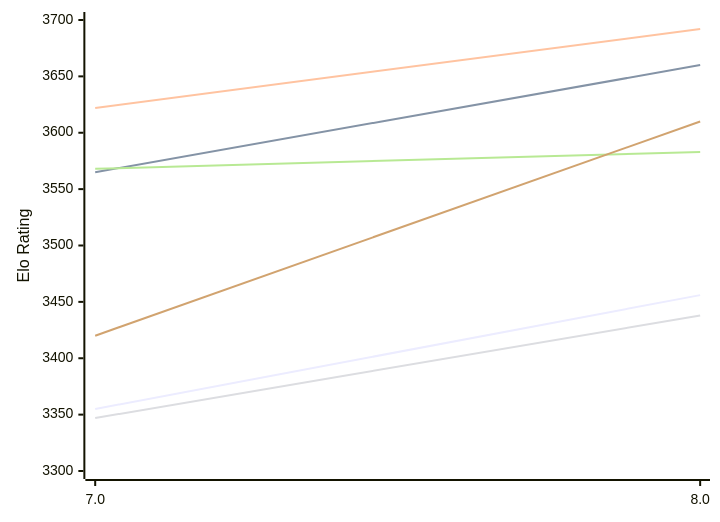
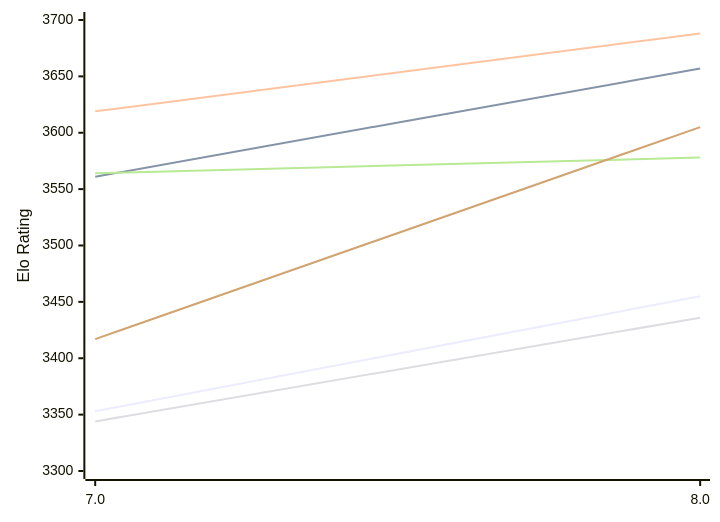
Before and after one commit to computer-chess-index/cci: the first of 2 diagrams in engines/Integral.md, drawn with Mermaid. The commit also changed other lines of this file, not shown here.

Commit message:
Update CCI Ratings (ELO VLTC) - 2026-11-19

````diff
--- a/engines/Integral.md
+++ b/engines/Integral.md
@@ -50,12 +50,12 @@
 ```mermaid
 %%{init: {"theme":"base","themeVariables":{"seriesColors:['#a3a3a3','#222221','#faa371']}}}%%
 xychart-beta
   x-axis ["7.0", "8.0"]
   y-axis "Elo Rating" 3300 --> 3700
-  line "E1: STC (8.0+0.08s)" [3355, 3456]
-  line "E1: LTC (60.0+0.60s)" [3565, 3660]
-  line "E1: VLTC (2m24s+1.12s)" [3622, 3692]
-  line "P1: STC (8.0+0.08s)" [3347, 3438]
-  line "P1: LTC (60.0+0.60s)" [3568, 3583]
-  line "P1: VLTC (2m24s+1.12s)" [3420, 3610]
+  line "E1: STC (8.0+0.08s)" [3353, 3455]
+  line "E1: LTC (60.0+0.60s)" [3561, 3657]
+  line "E1: VLTC (2m24s+1.12s)" [3619, 3688]
+  line "P1: STC (8.0+0.08s)" [3344, 3436]
+  line "P1: LTC (60.0+0.60s)" [3564, 3578]
+  line "P1: VLTC (2m24s+1.12s)" [3417, 3605]
 ```
````
